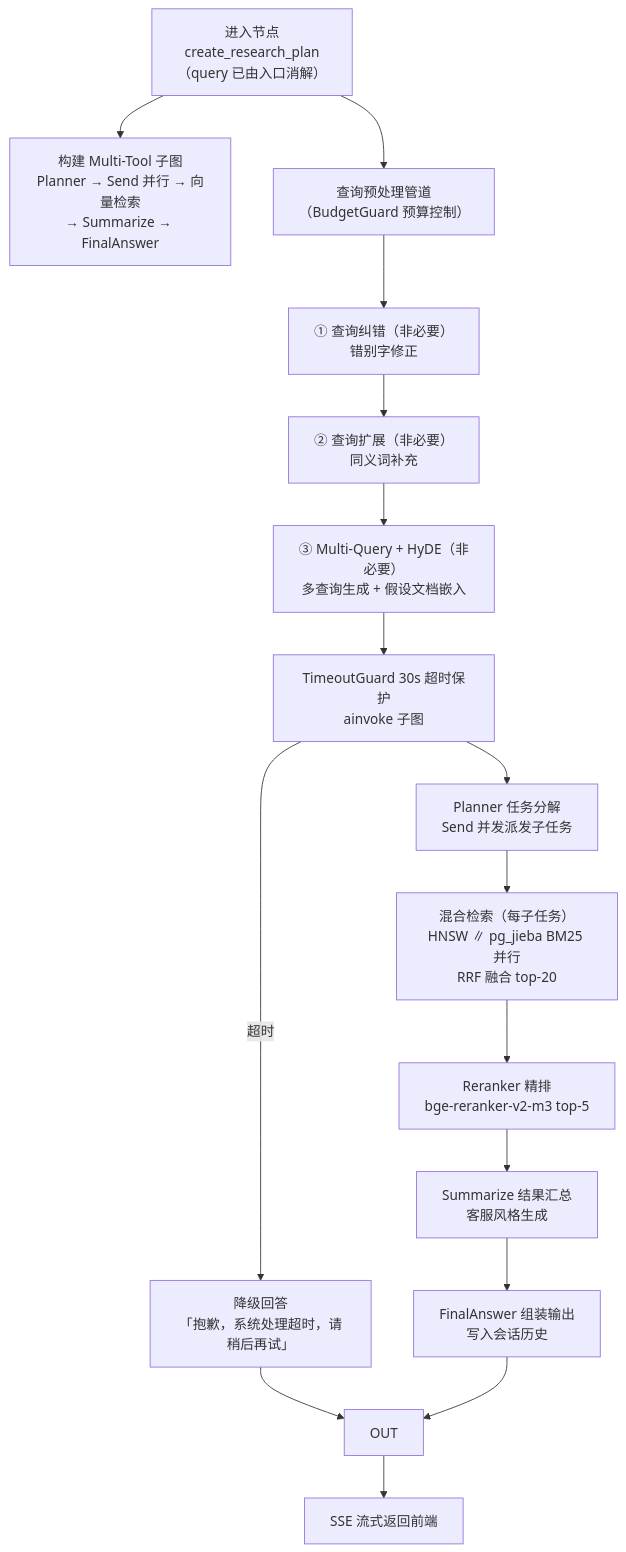
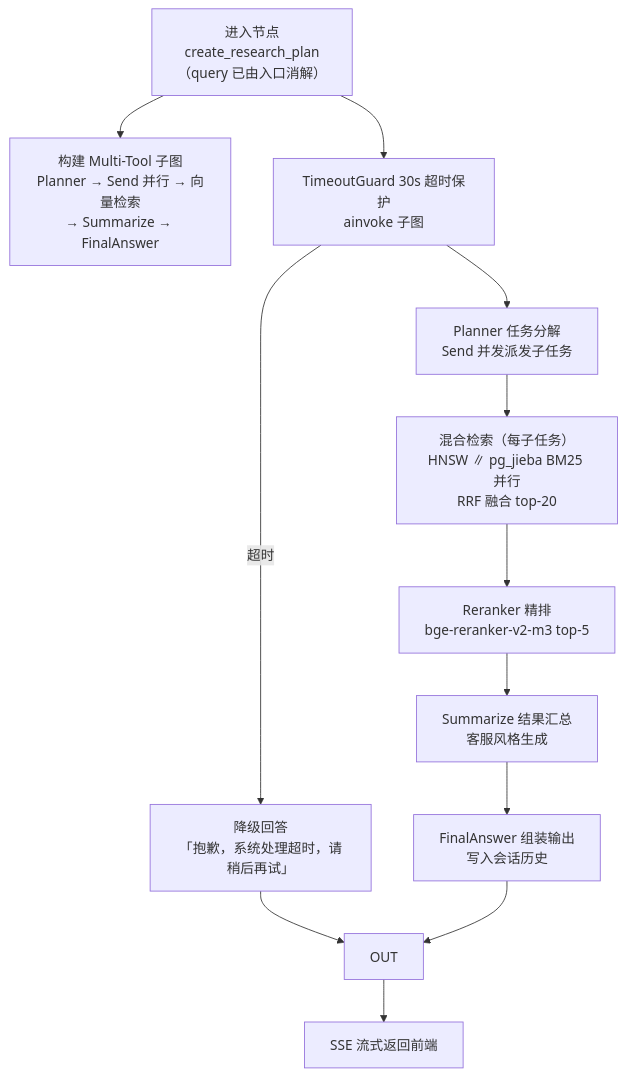
Before and after one commit to blowt16/SmartCS-Agent: diagram 11 of 14 in docs/PROJECT_ANALYSIS.md, drawn with Mermaid. The commit also changed other lines of this file and 12 other files, not shown here.

First line of the commit message:
refactor: 移除查询预处理管道（BudgetGuard/纠错/扩展/Multi-Query+HyDE），子图输入直接使用入口消解后的问题

````diff
--- a/docs/PROJECT_ANALYSIS.md
+++ b/docs/PROJECT_ANALYSIS.md
@@ -545,18 +525,14 @@
 ```mermaid
 flowchart TD
     A["进入节点<br/>create_research_plan<br/>（query 已由入口消解）"] --> B["构建 Multi-Tool 子图<br/>Planner → Send 并行 → 向量检索<br/>→ Summarize → FinalAnswer"]
-    A --> P["查询预处理管道<br/>（BudgetGuard 预算控制）"]
-    P --> P1["① 查询纠错（非必要）<br/>错别字修正"]
-    P1 --> P2["② 查询扩展（非必要）<br/>同义词补充"]
-    P2 --> P3["③ Multi-Query + HyDE（非必要）<br/>多查询生成 + 假设文档嵌入"]
-    P3 --> R["TimeoutGuard 30s 超时保护<br/>ainvoke 子图"]
+    A --> R["TimeoutGuard 30s 超时保护<br/>ainvoke 子图"]
     R --> S2["Planner 任务分解<br/>Send 并发派发子任务"]
     S2 --> S3["混合检索（每子任务）<br/>HNSW ∥ pg_jieba BM25 并行<br/>RRF 融合 top-20"]
     S3 --> S4["Reranker 精排<br/>bge-reranker-v2-m3 top-5"]
     S4 --> S5["Summarize 结果汇总<br/>客服风格生成"]
     S5 --> S7["FinalAnswer 组装输出<br/>写入会话历史"]
     R -->|"超时"| S1B["降级回答<br/>「抱歉，系统处理超时，请稍后再试」"]
     S1B --> OUT
     S7 --> OUT
     OUT --> END["SSE 流式返回前端"]
 ```
````
